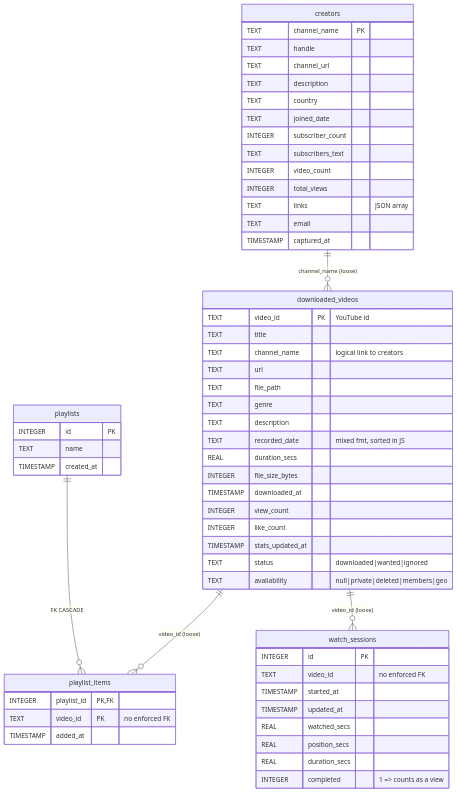
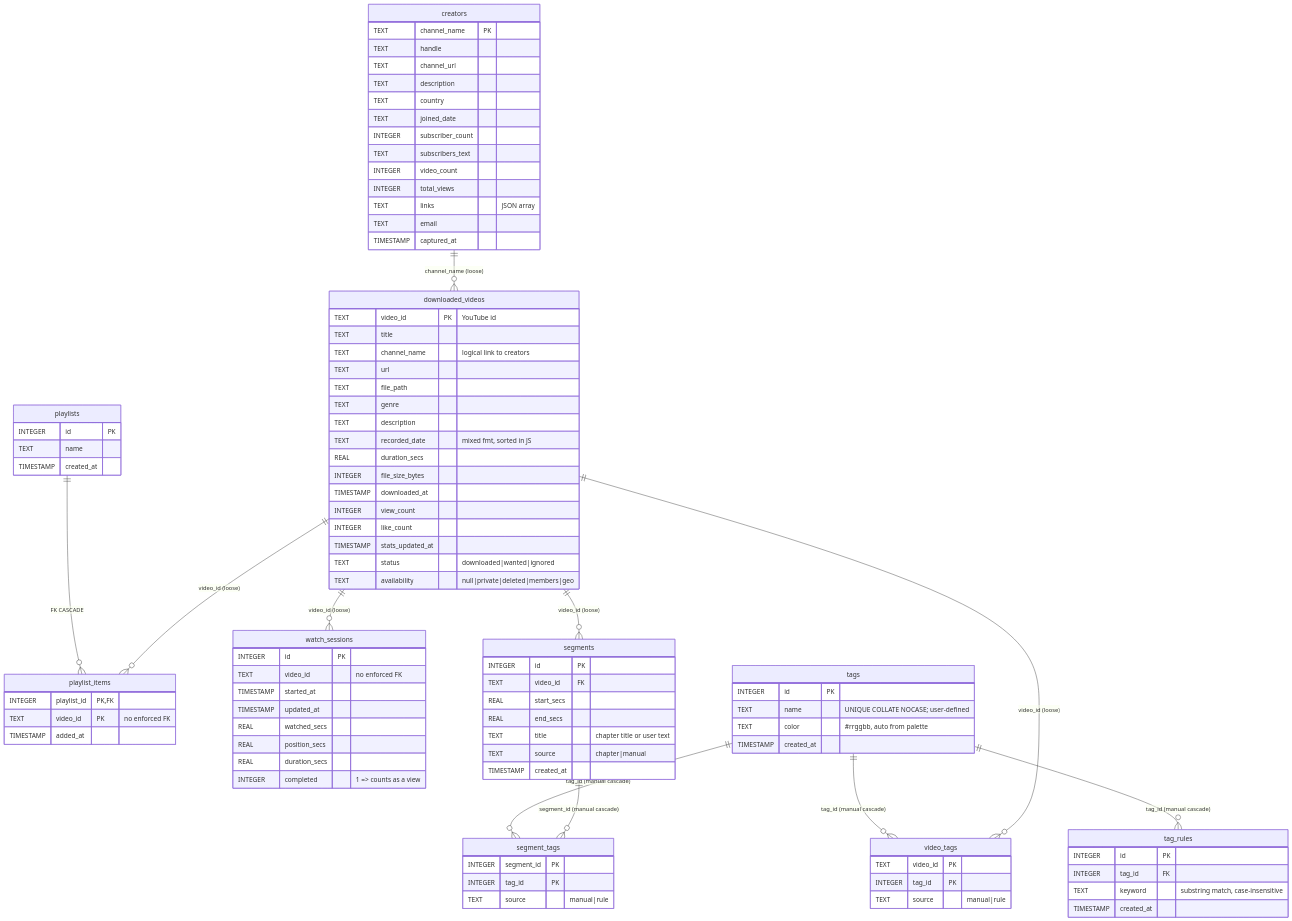
Before and after one commit to Cotions/ChannelVault: the diagram in docs/db-schema.mmd, drawn with Mermaid. The commit also changed 2 other files, not shown here.

Commit message:
Add tags, timeline segments, keyword rules and chapter import
Tags are the user's own vocabulary: a name, a colour, optional keyword
rules, stored once library-wide. Segments are time ranges inside one
video, either hand-drawn or read from the chapters yt-dlp embeds in the
file. A tag attaches to a segment or to a whole video, and each link
remembers whether a person or a rule created it.

Chapters are read with ffprobe -show_chapters, separately from the
format probe because mp4 files never reach ffprobe today and they are
the ones carrying chapters. A tracked video imports its chapters once;
rescans leave a video that already has segments alone. A backfill route
streams progress over the whole library, and a per-video route swaps
the chapter-sourced segments while keeping manual ones.

Keyword rules match segment titles and video titles case-insensitively
and only ever add. /videos and playlist detail carry each video's tag
list; exports include tags and segments; deleting a video or a tag
cascades by hand since foreign keys are off. /tags doubles as the SPA
page via the same Accept dance as /playlists. CI asserts the new routes
sit behind the header.

```diff
--- a/docs/db-schema.mmd
+++ b/docs/db-schema.mmd
@@ -1,59 +1,97 @@
 erDiagram
     downloaded_videos {
         TEXT      video_id PK "YouTube id"
         TEXT      title
         TEXT      channel_name "logical link to creators"
         TEXT      url
         TEXT      file_path
         TEXT      genre
         TEXT      description
         TEXT      recorded_date "mixed fmt, sorted in JS"
         REAL      duration_secs
         INTEGER   file_size_bytes
         TIMESTAMP downloaded_at
         INTEGER   view_count
         INTEGER   like_count
         TIMESTAMP stats_updated_at
         TEXT      status "downloaded|wanted|ignored"
         TEXT      availability "null|private|deleted|members|geo"
     }
     playlists {
         INTEGER   id PK
         TEXT      name
         TIMESTAMP created_at
     }
     playlist_items {
         INTEGER   playlist_id PK,FK
         TEXT      video_id PK "no enforced FK"
         TIMESTAMP added_at
     }
     watch_sessions {
         INTEGER   id PK
         TEXT      video_id "no enforced FK"
         TIMESTAMP started_at
         TIMESTAMP updated_at
         REAL      watched_secs
         REAL      position_secs
         REAL      duration_secs
         INTEGER   completed "1 => counts as a view"
     }
     creators {
         TEXT      channel_name PK
         TEXT      handle
         TEXT      channel_url
         TEXT      description
         TEXT      country
         TEXT      joined_date
         INTEGER   subscriber_count
         TEXT      subscribers_text
         INTEGER   video_count
         INTEGER   total_views
         TEXT      links "JSON array"
         TEXT      email
         TIMESTAMP captured_at
     }
 
+    tags {
+        INTEGER   id PK
+        TEXT      name "UNIQUE COLLATE NOCASE; user-defined"
+        TEXT      color "#rrggbb, auto from palette"
+        TIMESTAMP created_at
+    }
+    tag_rules {
+        INTEGER   id PK
+        INTEGER   tag_id FK
+        TEXT      keyword "substring match, case-insensitive"
+        TIMESTAMP created_at
+    }
+    segments {
+        INTEGER   id PK
+        TEXT      video_id FK
+        REAL      start_secs
+        REAL      end_secs
+        TEXT      title "chapter title or user text"
+        TEXT      source "chapter|manual"
+        TIMESTAMP created_at
+    }
+    segment_tags {
+        INTEGER   segment_id PK
+        INTEGER   tag_id PK
+        TEXT      source "manual|rule"
+    }
+    video_tags {
+        TEXT      video_id PK
+        INTEGER   tag_id PK
+        TEXT      source "manual|rule"
+    }
+
     playlists         ||--o{ playlist_items : "FK CASCADE"
+    tags              ||--o{ tag_rules      : "tag_id (manual cascade)"
+    tags              ||--o{ segment_tags   : "tag_id (manual cascade)"
+    tags              ||--o{ video_tags     : "tag_id (manual cascade)"
+    segments          ||--o{ segment_tags   : "segment_id (manual cascade)"
+    downloaded_videos ||--o{ segments       : "video_id (loose)"
+    downloaded_videos ||--o{ video_tags     : "video_id (loose)"
     downloaded_videos ||--o{ playlist_items : "video_id (loose)"
     downloaded_videos ||--o{ watch_sessions : "video_id (loose)"
     creators          ||--o{ downloaded_videos : "channel_name (loose)"
```
